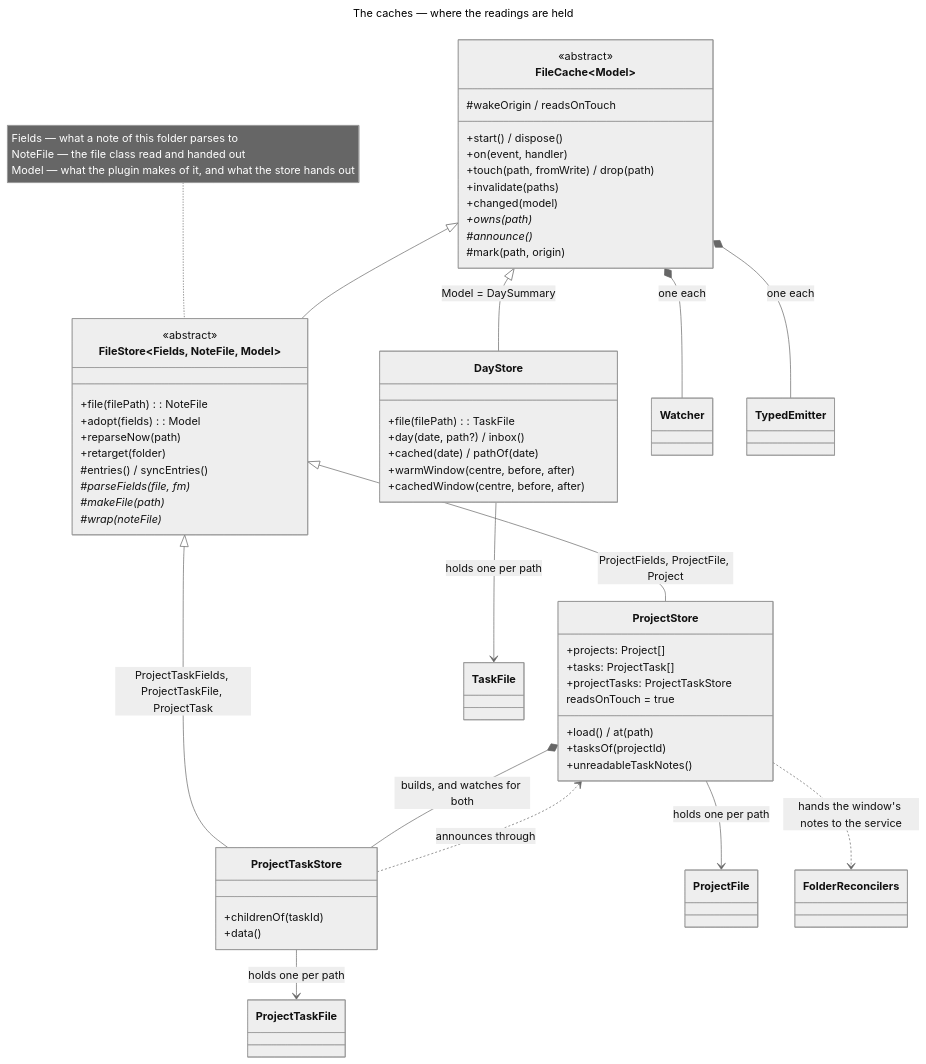
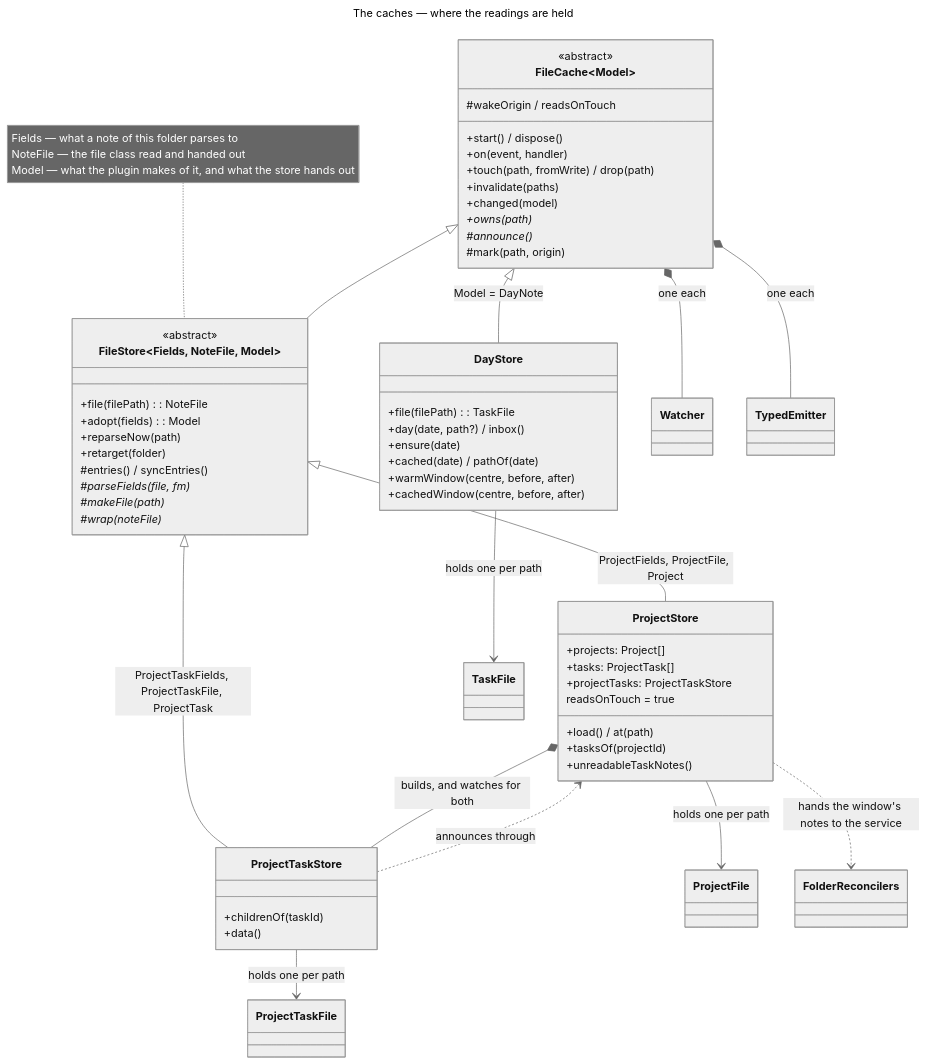
The diagram in docs/technical/diagrams/stores.mmd (Laurent-Ferier/pm-compass), drawn with Mermaid (neutral theme) before and after one commit. The commit also changed 34 other files, not shown here.

```diff
--- a/docs/technical/diagrams/stores.mmd
+++ b/docs/technical/diagrams/stores.mmd
@@ -1,69 +1,70 @@
 ---
 title: The caches — where the readings are held
 ---
 classDiagram
   direction TB
 
   class FileCache~Model~ {
     <<abstract>>
     +start() / dispose()
     +on(event, handler)
     +touch(path, fromWrite) / drop(path)
     +invalidate(paths)
     +changed(model)
     +owns(path)*
     #announce()*
     #mark(path, origin)
     #wakeOrigin / readsOnTouch
   }
 
   class FileStore~Fields, NoteFile, Model~ {
     <<abstract>>
     +file(filePath): NoteFile
     +adopt(fields): Model
     +reparseNow(path)
     +retarget(folder)
     #entries() / syncEntries()
     #parseFields(file, fm)*
     #makeFile(path)*
     #wrap(noteFile)*
   }
 
   class ProjectStore {
     +projects: Project[]
     +tasks: ProjectTask[]
     +projectTasks: ProjectTaskStore
     +load() / at(path)
     +tasksOf(projectId)
     +unreadableTaskNotes()
     readsOnTouch = true
   }
 
   class ProjectTaskStore {
     +childrenOf(taskId)
     +data()
   }
 
   class DayStore {
     +file(filePath): TaskFile
     +day(date, path?) / inbox()
+    +ensure(date)
     +cached(date) / pathOf(date)
     +warmWindow(centre, before, after)
     +cachedWindow(centre, before, after)
   }
 
   note for FileStore "Fields — what a note of this folder parses to<br/>NoteFile — the file class read and handed out<br/>Model — what the plugin makes of it, and what the store hands out"
 
   FileCache <|-- FileStore
-  FileCache <|-- DayStore : Model = DaySummary
+  FileCache <|-- DayStore : Model = DayNote
   FileStore <|-- ProjectStore : ProjectFields, ProjectFile, Project
   FileStore <|-- ProjectTaskStore : ProjectTaskFields, ProjectTaskFile, ProjectTask
 
   ProjectStore *-- ProjectTaskStore : builds, and watches for both
   FileCache *-- Watcher : one each
   FileCache *-- TypedEmitter : one each
   ProjectStore --> ProjectFile : holds one per path
   ProjectTaskStore --> ProjectTaskFile : holds one per path
   DayStore --> TaskFile : holds one per path
   ProjectTaskStore ..> ProjectStore : announces through
   ProjectStore ..> FolderReconcilers : hands the window's notes to the service
```
